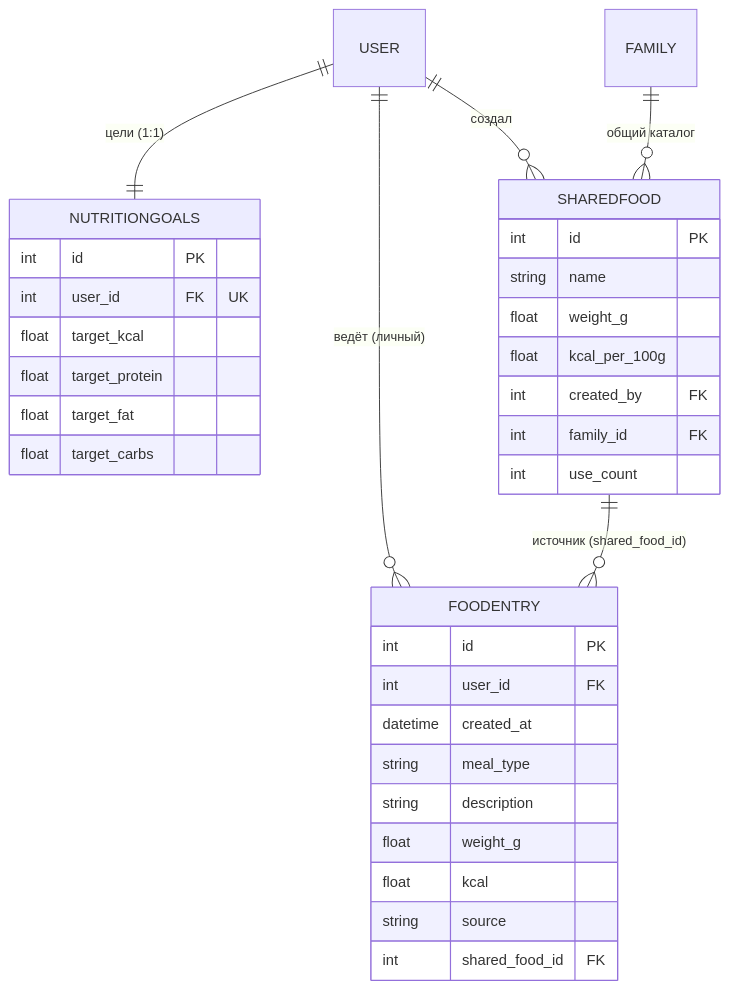
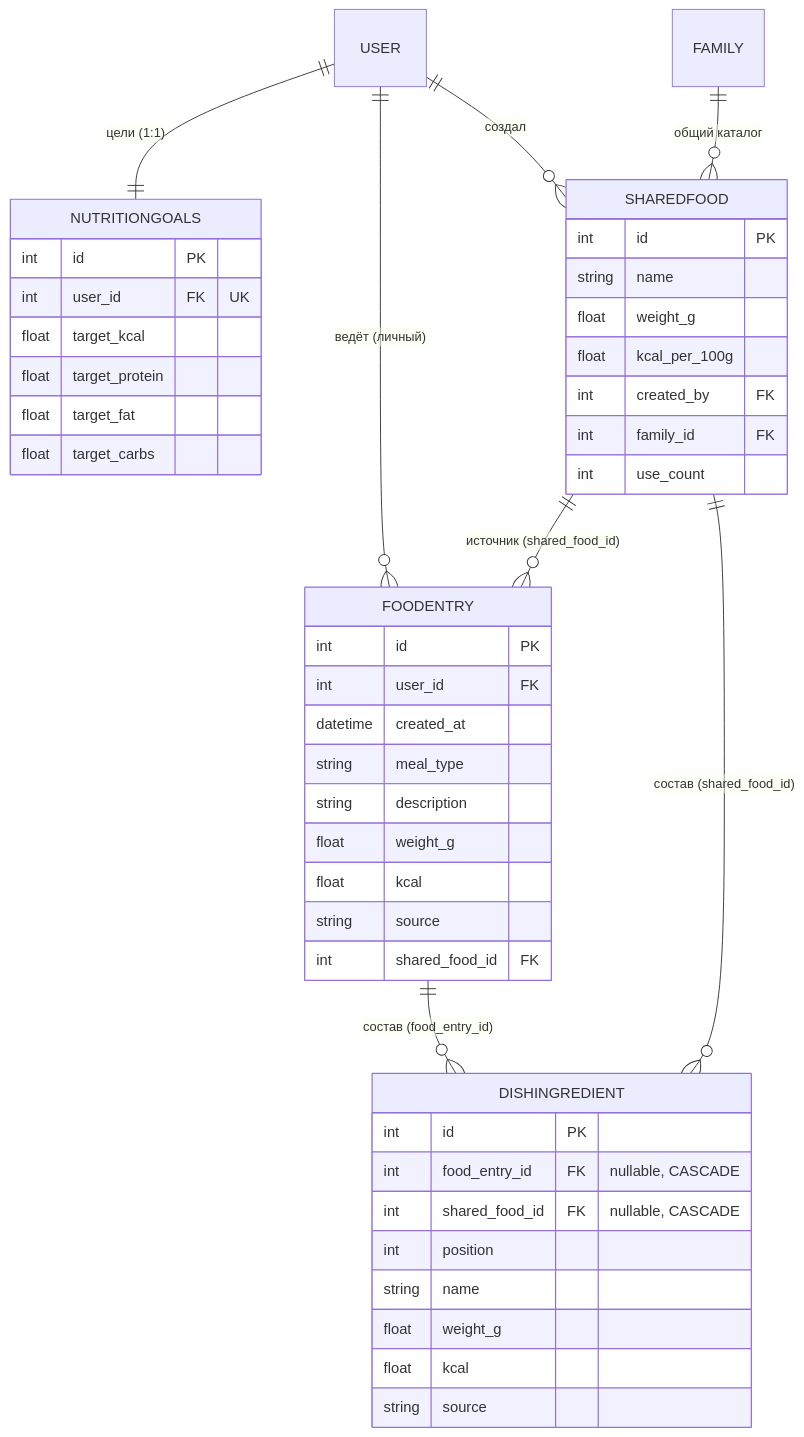
One commit to SkeiLeinux/Assistent_bot changed the first of 2 diagrams in docs/04_specs/spec-nutrition.md. Above: the diagram before and after it, drawn with Mermaid. The commit also changed other lines of this file and 70 other files, not shown here.

````diff
--- a/docs/04_specs/spec-nutrition.md
+++ b/docs/04_specs/spec-nutrition.md
@@ -98,37 +119,49 @@
 ```mermaid
 erDiagram
   USER ||--o{ FOODENTRY : "ведёт (личный)"
   USER ||--|| NUTRITIONGOALS : "цели (1:1)"
   USER ||--o{ SHAREDFOOD : "создал"
   FAMILY ||--o{ SHAREDFOOD : "общий каталог"
   SHAREDFOOD ||--o{ FOODENTRY : "источник (shared_food_id)"
+  FOODENTRY ||--o{ DISHINGREDIENT : "состав (food_entry_id)"
+  SHAREDFOOD ||--o{ DISHINGREDIENT : "состав (shared_food_id)"
 
   FOODENTRY {
     int id PK
     int user_id FK
     datetime created_at
     string meal_type
     string description
     float weight_g
     float kcal
     string source
     int shared_food_id FK
   }
   SHAREDFOOD {
     int id PK
     string name
     float weight_g
     float kcal_per_100g
     int created_by FK
     int family_id FK
     int use_count
   }
   NUTRITIONGOALS {
     int id PK
     int user_id FK "UK"
     float target_kcal
     float target_protein
     float target_fat
     float target_carbs
   }
+  DISHINGREDIENT {
+    int id PK
+    int food_entry_id FK "nullable, CASCADE"
+    int shared_food_id FK "nullable, CASCADE"
+    int position
+    string name
+    float weight_g
+    float kcal
+    string source
+  }
 ```
````
